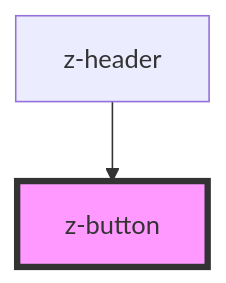
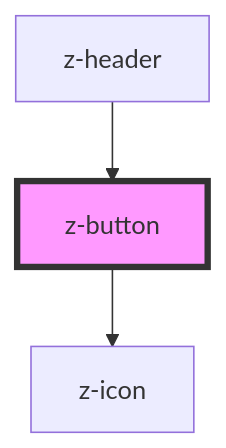
Before and after one commit to ZanichelliEditore/design-system: the diagram in web-components-library/src/components/z-button/readme.md, drawn with Mermaid. The commit also changed other lines of this file and 21 other files, not shown here.

````diff
--- a/web-components-library/src/components/z-button/readme.md
+++ b/web-components-library/src/components/z-button/readme.md
@@ -27,5 +31,6 @@
 ```mermaid
 graph TD;
+  z-button --> z-icon
   z-header --> z-button
   style z-button fill:#f9f,stroke:#333,stroke-width:4px
 ```
````
